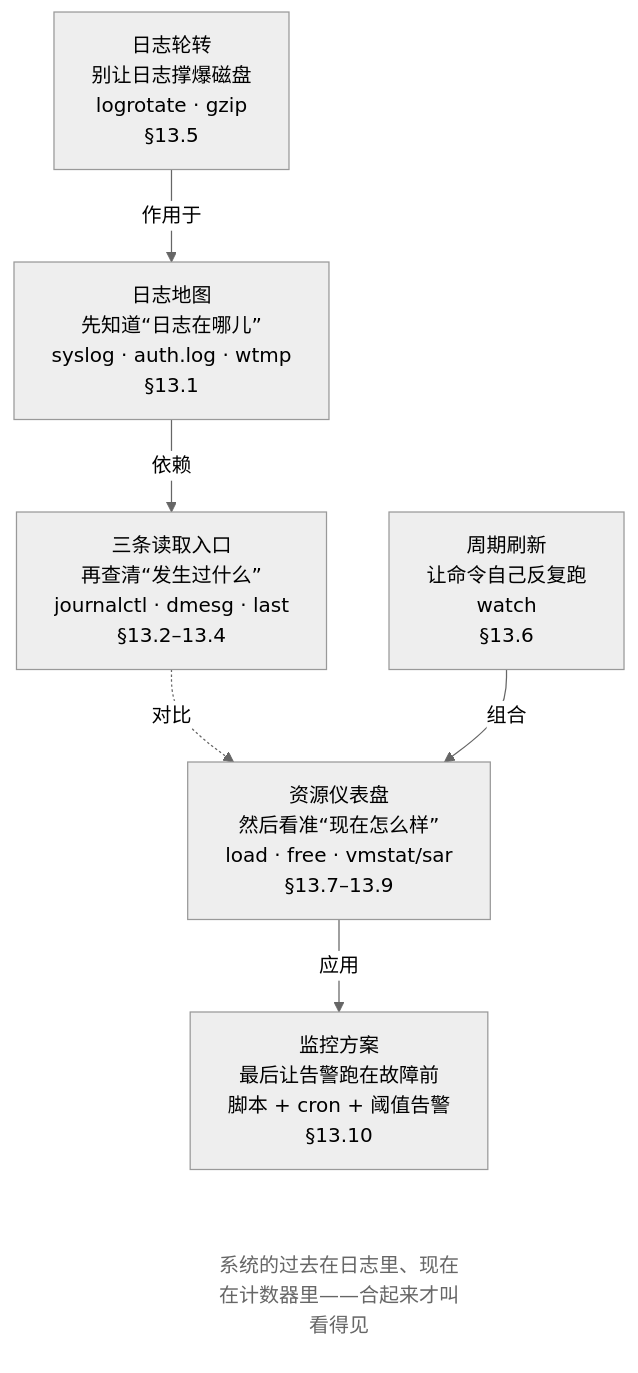
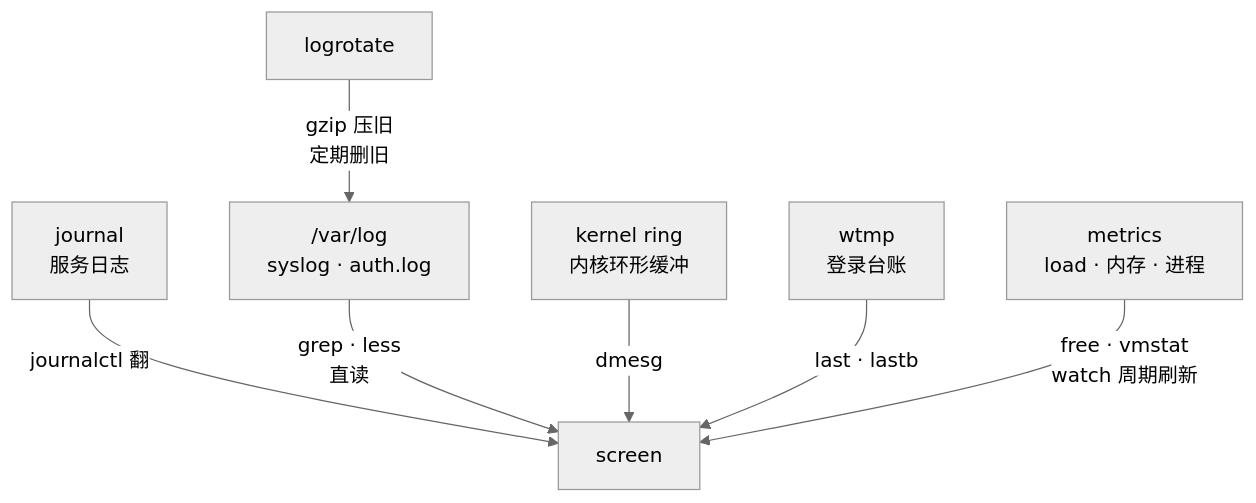
Before and after one commit to wangxiangnan/wangxiangnan.github.io: the first of 2 diagrams in src/linux-command/ch13.md, drawn with Mermaid (neutral theme). The commit also changed other lines of this file and 15 other files, not shown here.

````diff
--- a/src/linux-command/ch13.md
+++ b/src/linux-command/ch13.md
@@ -14,20 +14,16 @@
 ```mermaid
 flowchart TB
-    A["日志地图<br>先知道“日志在哪儿”<br>syslog · auth.log · wtmp<br>§13.1"]
-    B["日志轮转<br>别让日志撑爆磁盘<br>logrotate · gzip<br>§13.5"]
-    C["三条读取入口<br>再查清“发生过什么”<br>journalctl · dmesg · last<br>§13.2–13.4"]
-    D["资源仪表盘<br>然后看准“现在怎么样”<br>load · free · vmstat/sar<br>§13.7–13.9"]
-    E["周期刷新<br>让命令自己反复跑<br>watch<br>§13.6"]
-    F["监控方案<br>最后让告警跑在故障前<br>脚本 + cron + 阈值告警<br>§13.10"]
-    NOTE["系统的过去在日志里、现在在计数器里——合起来才叫看得见"]
-
-    B -->|作用于| A
-    A -->|依赖| C
-    C -.->|对比| D
-    E -->|组合| D
-    D -->|应用| F
-    F ~~~ NOTE
-
-    classDef note fill:none,stroke:none,color:#666
-    class NOTE note
+    J["journal<br>服务日志"]
+    LOG["/var/log<br>syslog · auth.log"]
+    K["kernel ring<br>内核环形缓冲"]
+    W["wtmp<br>登录台账"]
+    ROT["logrotate"]
+    M["metrics<br>load · 内存 · 进程"]
+    S["screen"]
+    J -->|"journalctl 翻"| S
+    LOG -->|"grep · less<br>直读"| S
+    K -->|"dmesg"| S
+    W -->|"last · lastb"| S
+    M -->|"free · vmstat<br>watch 周期刷新"| S
+    ROT -->|"gzip 压旧<br>定期删旧"| LOG
 ```
````
